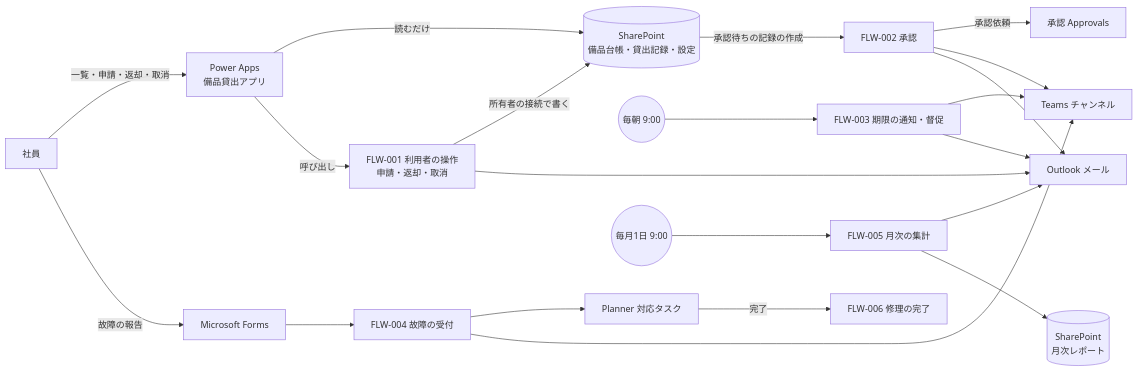
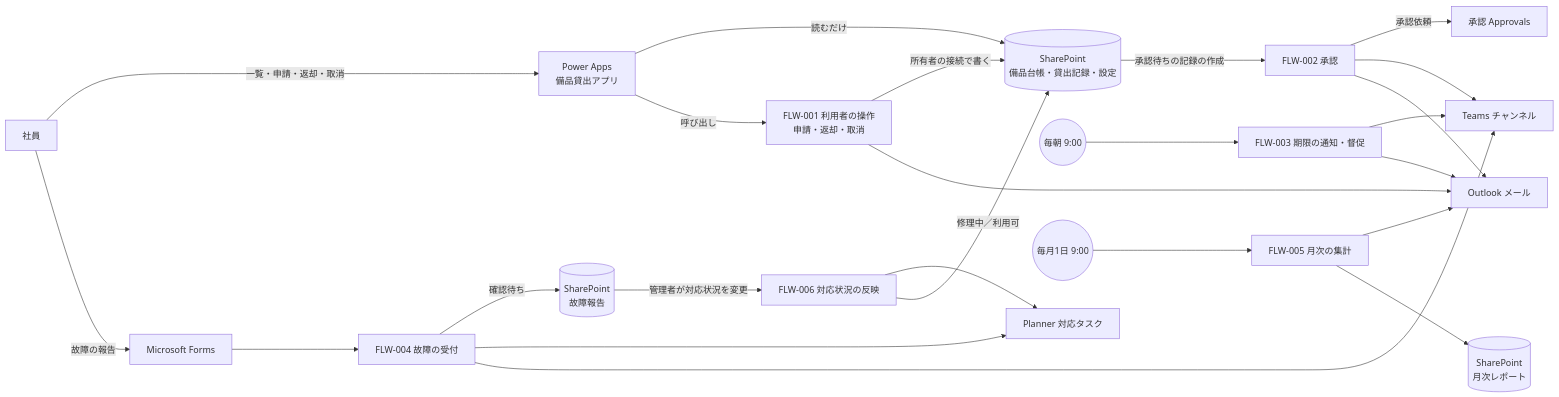
One commit to takato-y/m365-equipment-lending changed the first of 2 diagrams in docs/02_基本設計.md. Above: the diagram before and after it, drawn with Mermaid. The commit also changed other lines of this file and 19 other files, not shown here.

````diff
--- a/docs/02_基本設計.md
+++ b/docs/02_基本設計.md
@@ -21,18 +22,21 @@
 ```mermaid
 flowchart LR
   U[社員] -->|一覧・申請・返却・取消| APP[Power Apps<br>備品貸出アプリ]
   U -->|故障の報告| FORM[Microsoft Forms]
   APP -->|読むだけ| SP[(SharePoint<br>備品台帳・貸出記録・設定)]
   APP -->|呼び出し| F1[FLW-001 利用者の操作<br>申請・返却・取消]
   F1 -->|所有者の接続で書く| SP
   SP -->|承認待ちの記録の作成| F2[FLW-002 承認]
   T1((毎朝 9:00)) --> F3[FLW-003 期限の通知・督促]
   FORM --> F4[FLW-004 故障の受付]
-  PLN[Planner 対応タスク] -->|完了| F6[FLW-006 修理の完了]
-  F4 --> PLN
+  F4 -->|確認待ち| FLT[(SharePoint<br>故障報告)]
+  F4 --> PLN[Planner 対応タスク]
+  FLT -->|管理者が対応状況を変更| F6[FLW-006 対応状況の反映]
+  F6 --> PLN
+  F6 -->|修理中／利用可| SP
   T2((毎月1日 9:00)) --> F5[FLW-005 月次の集計]
   F2 -->|承認依頼| APR[承認 Approvals]
   F2 & F3 & F4 --> TEAMS[Teams チャンネル]
   F1 & F2 & F3 & F5 --> MAIL[Outlook メール]
   F5 --> LIB[(SharePoint<br>月次レポート)]
 ```
````
